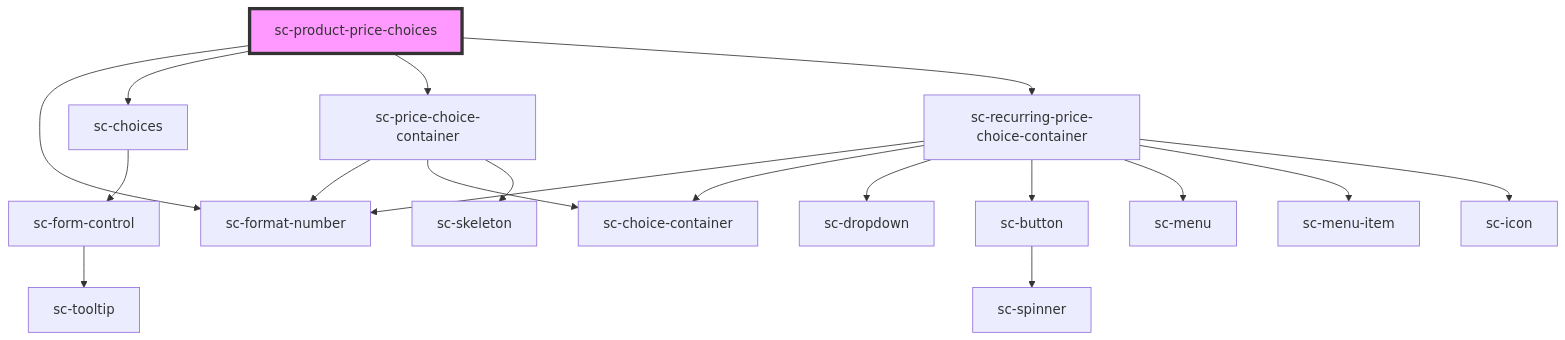
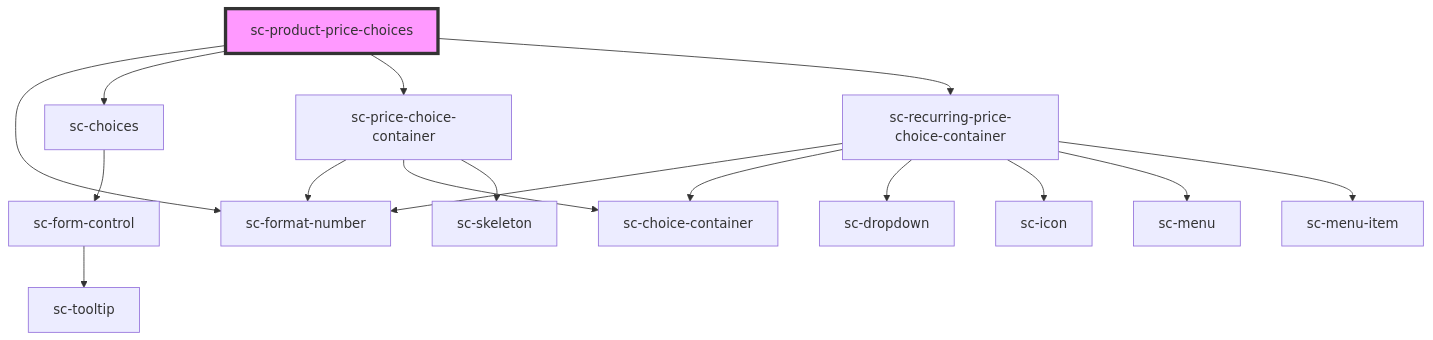
Before and after one commit to surecart/surecart-wp-plugin: the diagram in packages/components/src/components/controllers/product/sc-product-price-choices/readme.md, drawn with Mermaid. The commit also changed 22 other files, not shown here.

````diff
--- a/packages/components/src/components/controllers/product/sc-product-price-choices/readme.md
+++ b/packages/components/src/components/controllers/product/sc-product-price-choices/readme.md
@@ -26,21 +26,19 @@
 ```mermaid
 graph TD;
   sc-product-price-choices --> sc-format-number
   sc-product-price-choices --> sc-choices
   sc-product-price-choices --> sc-price-choice-container
   sc-product-price-choices --> sc-recurring-price-choice-container
   sc-choices --> sc-form-control
   sc-form-control --> sc-tooltip
   sc-price-choice-container --> sc-format-number
   sc-price-choice-container --> sc-choice-container
   sc-price-choice-container --> sc-skeleton
   sc-recurring-price-choice-container --> sc-format-number
   sc-recurring-price-choice-container --> sc-choice-container
   sc-recurring-price-choice-container --> sc-dropdown
-  sc-recurring-price-choice-container --> sc-button
+  sc-recurring-price-choice-container --> sc-icon
   sc-recurring-price-choice-container --> sc-menu
   sc-recurring-price-choice-container --> sc-menu-item
-  sc-recurring-price-choice-container --> sc-icon
-  sc-button --> sc-spinner
   style sc-product-price-choices fill:#f9f,stroke:#333,stroke-width:4px
 ```
````
